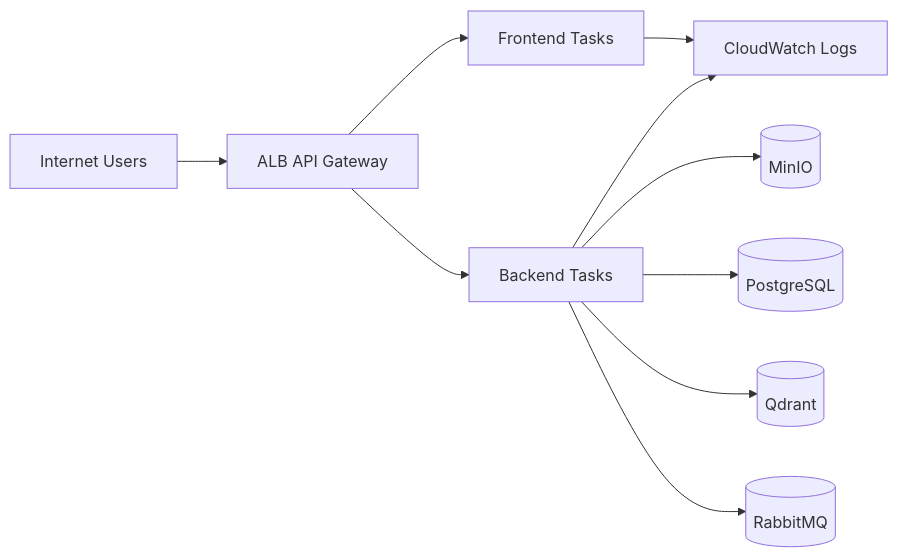
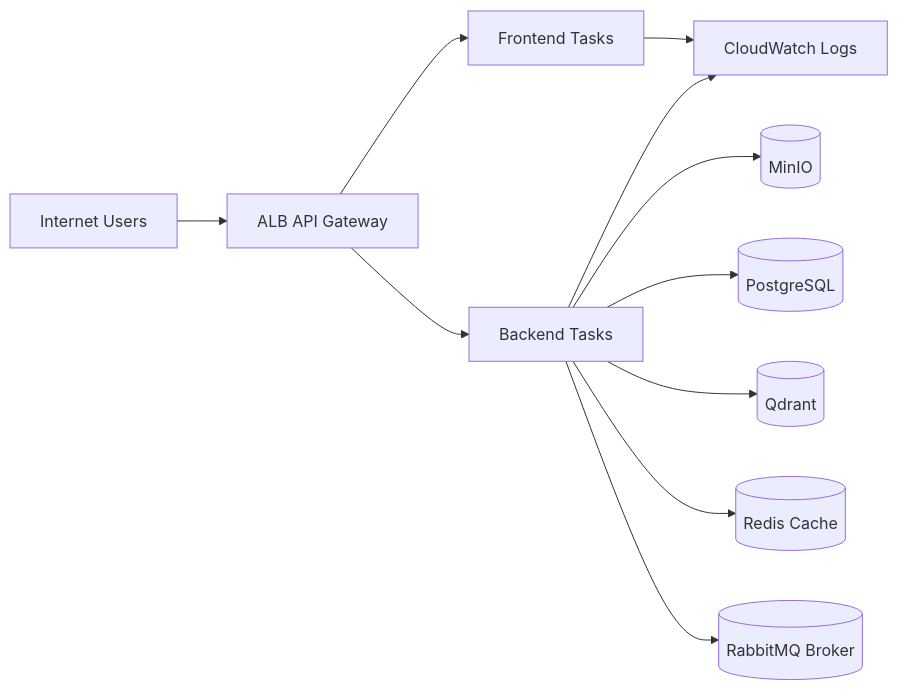
The third of 4 diagrams in documents/AVD.md (BeketML/EduAI), drawn with Mermaid before and after one commit. The commit also changed other lines of this file and 42 other files, not shown here.

````diff
--- a/documents/AVD.md
+++ b/documents/AVD.md
@@ -182,12 +182,13 @@
 ```mermaid
 flowchart LR
   internet[Internet Users] --> alb[ALB API Gateway]
   alb --> feTask[Frontend Tasks]
   alb --> backendTask[Backend Tasks]
   backendTask --> s3Store[(MinIO)]
   backendTask --> pgDb[(PostgreSQL)]
   backendTask --> qdrantDb[(Qdrant)]
-  backendTask --> rabbitmqBus[(RabbitMQ)]
+  backendTask --> redisCache[(Redis Cache)]
+  backendTask --> rabbitMq[(RabbitMQ Broker)]
   feTask --> cwLogs[CloudWatch Logs]
   backendTask --> cwLogs
 ```
````
